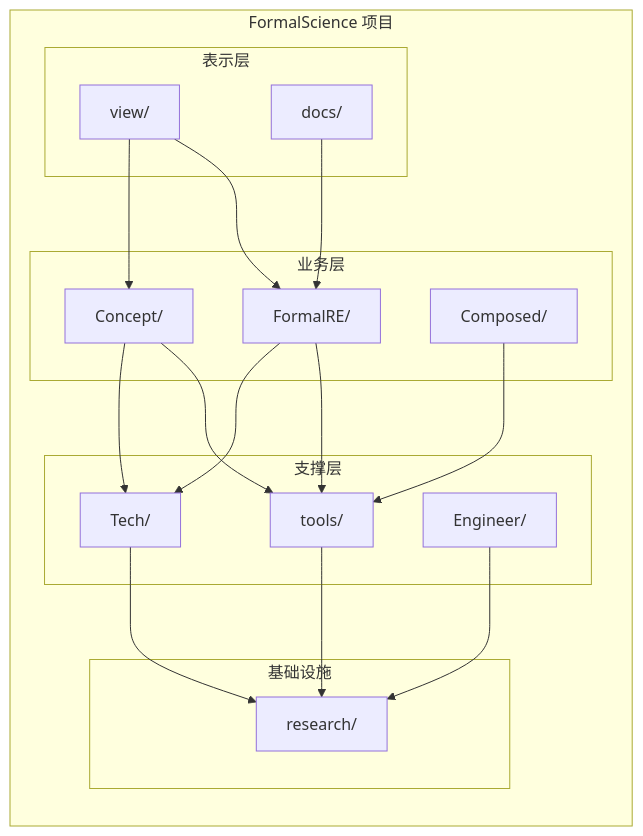
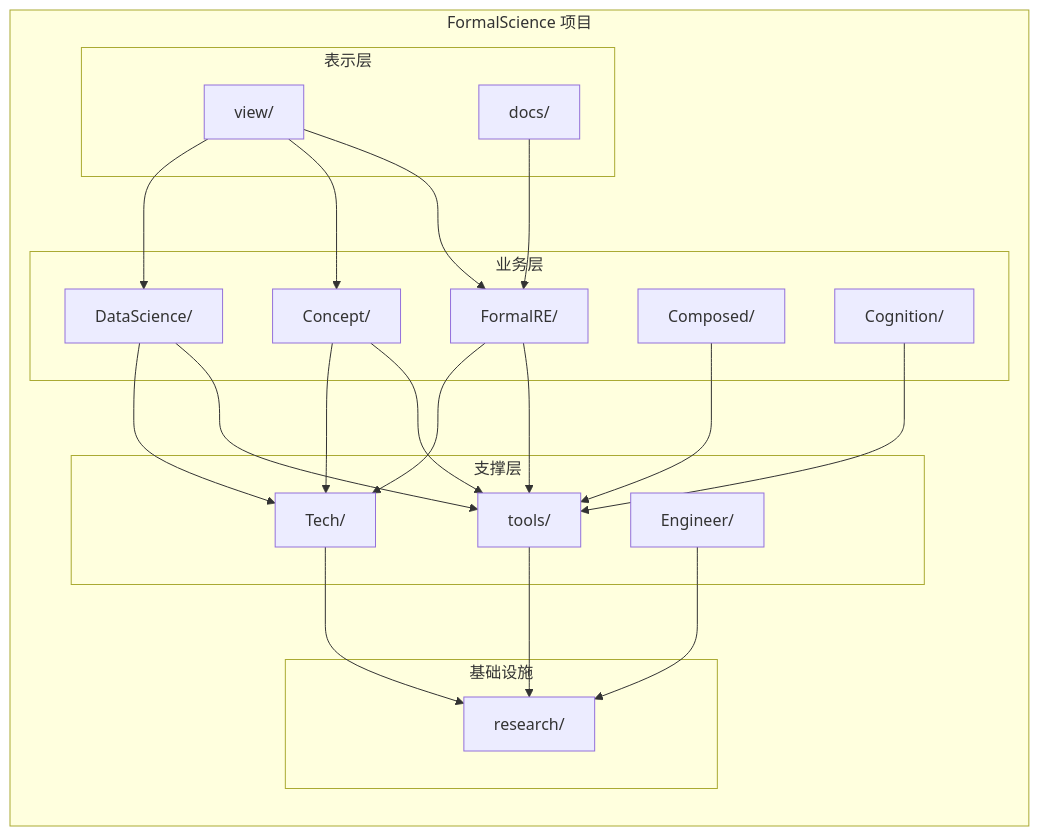
The second of 9 diagrams in docs/Refactor/ARCHITECTURE.md (AdaMartin18010/FormalScience), drawn with Mermaid before and after one commit. The commit also changed other lines of this file and 140 other files, not shown here.

````diff
--- a/docs/Refactor/ARCHITECTURE.md
+++ b/docs/Refactor/ARCHITECTURE.md
@@ -53,42 +62,48 @@
 ```mermaid
 flowchart LR
     subgraph FormalScience["FormalScience 项目"]
         direction TB
 
         subgraph Layer1["表示层"]
             View["view/"]
             Docs["docs/"]
         end
 
         subgraph Layer2["业务层"]
             FormalRE_Mod["FormalRE/"]
             Concept_Mod["Concept/"]
             Composed_Mod["Composed/"]
+            DataSci_Mod["DataScience/"]
+            Cognition_Mod["Cognition/"]
         end
 
         subgraph Layer3["支撑层"]
             Tools["tools/"]
             Tech["Tech/"]
             Engineer["Engineer/"]
         end
 
         subgraph Layer4["基础设施"]
             Research["research/"]
         end
     end
 
     View --> FormalRE_Mod
     View --> Concept_Mod
+    View --> DataSci_Mod
     Docs --> FormalRE_Mod
 
     FormalRE_Mod --> Tools
     Concept_Mod --> Tools
     Composed_Mod --> Tools
+    DataSci_Mod --> Tools
+    Cognition_Mod --> Tools
 
     FormalRE_Mod --> Tech
     Concept_Mod --> Tech
+    DataSci_Mod --> Tech
 
     Tools --> Research
     Tech --> Research
     Engineer --> Research
 ```
````
